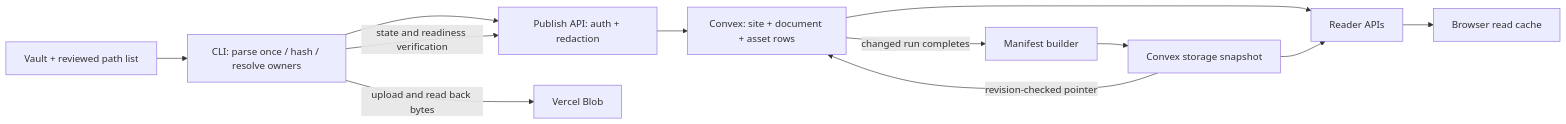
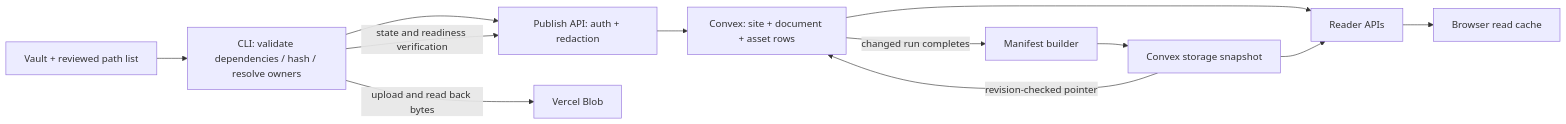
The diagram in apps/app/docs/architecture/04-publishing.md (jasonLaster/oncobase), drawn with Mermaid before and after one commit. The commit also changed other lines of this file and 8 other files, not shown here.

````diff
--- a/apps/app/docs/architecture/04-publishing.md
+++ b/apps/app/docs/architecture/04-publishing.md
@@ -27,14 +27,14 @@
 ```mermaid
 flowchart LR
-    V["Vault + reviewed path list"] --> C["CLI: parse once / hash / resolve owners"]
+    V["Vault + reviewed path list"] --> C["CLI: validate dependencies / hash / resolve owners"]
     C --> A["Publish API: auth + redaction"]
     C -->|"upload and read back bytes"| B["Vercel Blob"]
     A --> D["Convex: site + document + asset rows"]
     D -->|"changed run completes"| M["Manifest builder"]
     M --> S["Convex storage snapshot"]
     S -->|"revision-checked pointer"| D
     C -->|"state and readiness verification"| A
     D --> R["Reader APIs"]
     S --> R
     R --> L["Browser read cache"]
 ```
````
